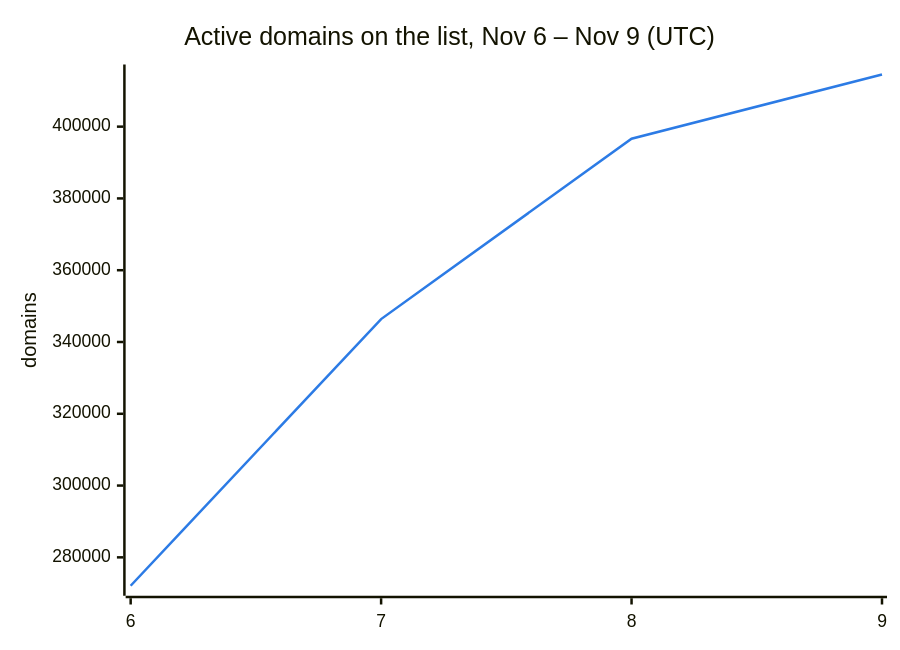
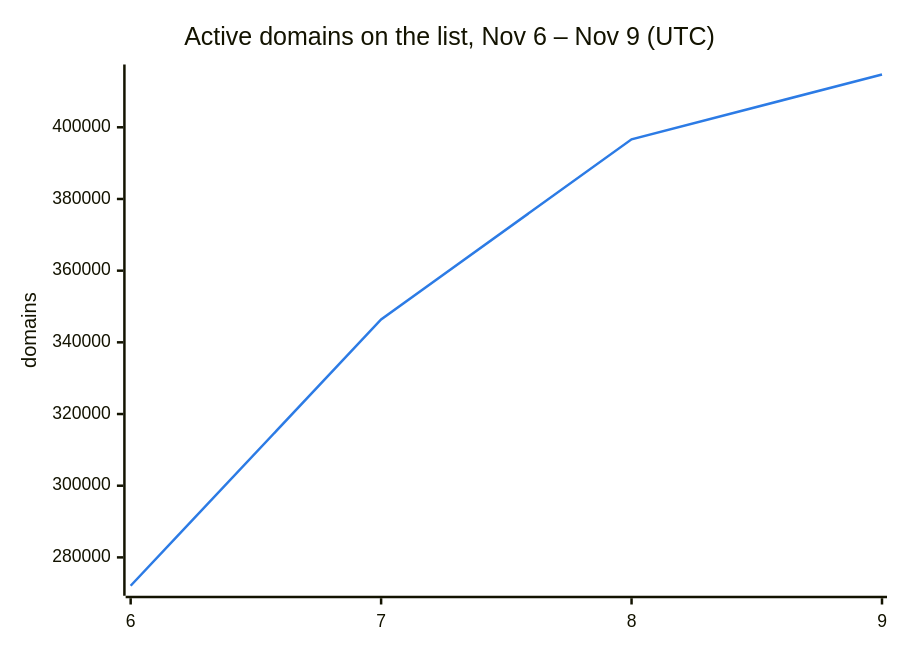
Before and after one commit to DNSBunker/CTI: the second of 3 diagrams in README.md, drawn with Mermaid. The commit also changed other lines of this file and 3 other files, not shown here.

````diff
--- a/README.md
+++ b/README.md
@@ -38,8 +38,8 @@
 ```mermaid
 %%{init: {"themeVariables": {"xyChart": {"plotColorPalette": "#2c7be5"}}}}%%
 xychart-beta
     title "Active domains on the list, Nov 6 – Nov 9 (UTC)"
     x-axis ["6", "7", "8", "9"]
     y-axis "domains"
-    line [272088, 346388, 396638, 414527]
+    line [272088, 346388, 396638, 414729]
 ```
````
